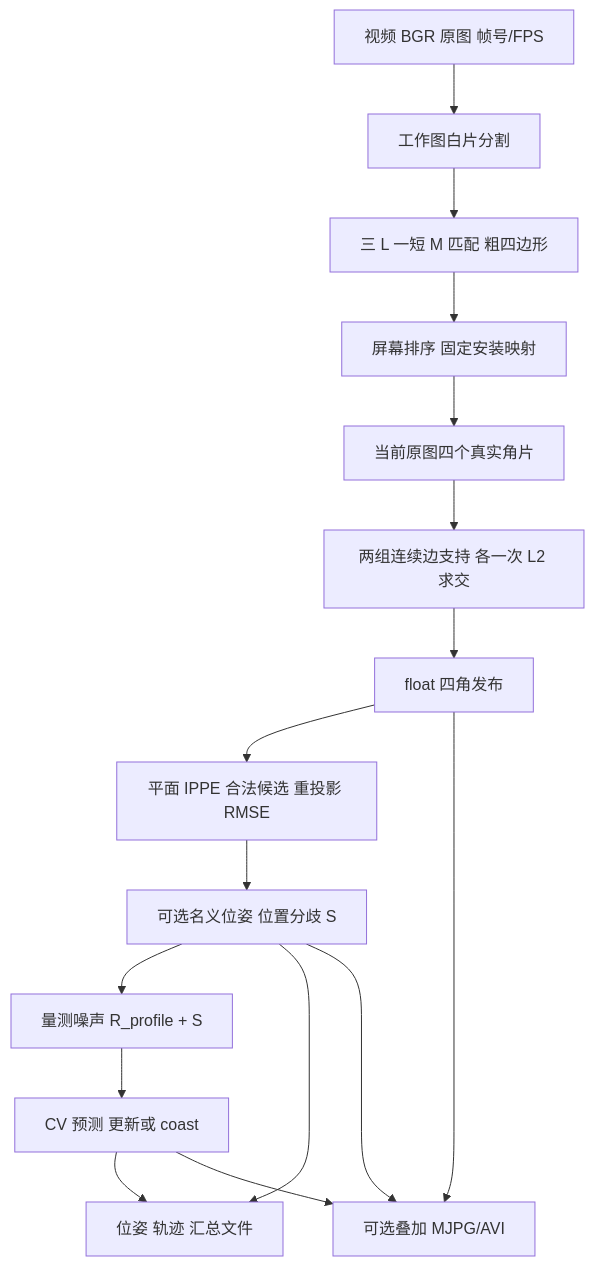
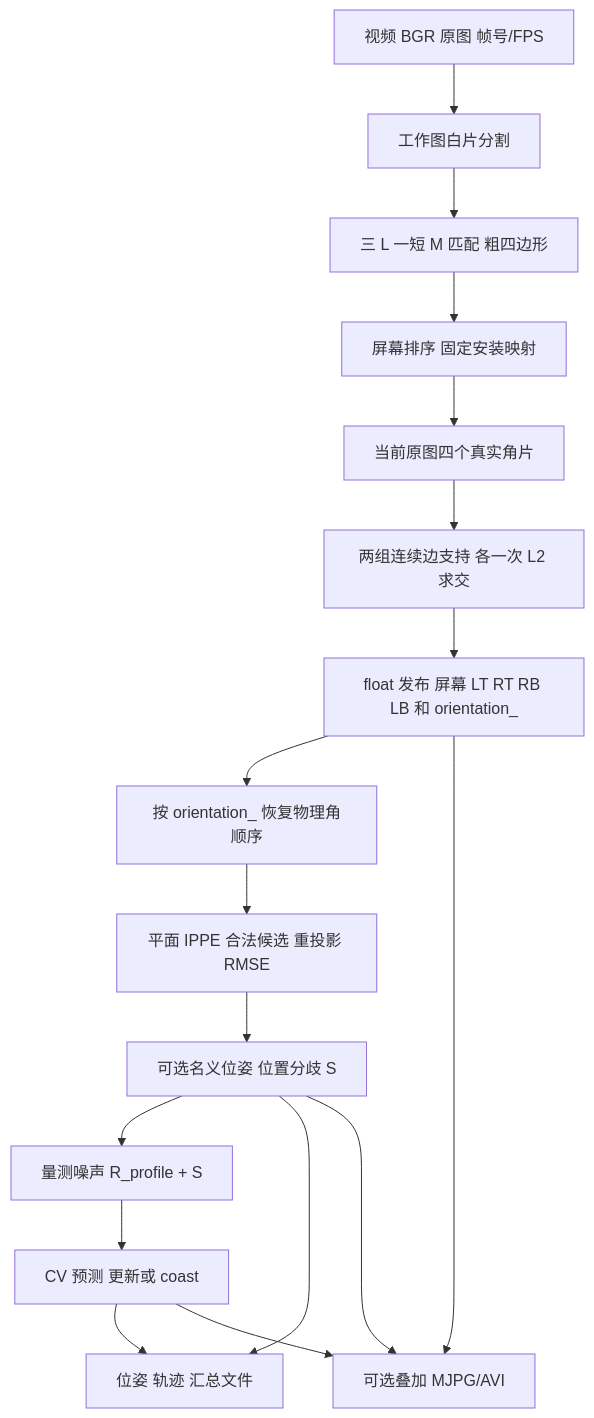
The diagram in src/tushenghao/docs/flow-guide.md (shenghaotu81-droid/campus-marker-opencv-assignment), drawn with Mermaid before and after one commit. The commit also changed other lines of this file and 70 other files, not shown here.

````diff
--- a/src/tushenghao/docs/flow-guide.md
+++ b/src/tushenghao/docs/flow-guide.md
@@ -5,18 +5,19 @@
 ```mermaid
 flowchart TD
     A[视频 BGR 原图 帧号/FPS] --> B[工作图白片分割]
     B --> C[三 L 一短 M 匹配 粗四边形]
     C --> D[屏幕排序 固定安装映射]
     D --> E[当前原图四个真实角片]
     E --> F[两组连续边支持 各一次 L2 求交]
-    F --> G[float 四角发布]
-    G --> H[平面 IPPE 合法候选 重投影 RMSE]
+    F --> G[float 发布 屏幕 LT RT RB LB 和 orientation_]
+    G --> P[按 orientation_ 恢复物理角顺序]
+    P --> H[平面 IPPE 合法候选 重投影 RMSE]
     H --> I[可选名义位姿 位置分歧 S]
     I --> J[量测噪声 R_profile + S]
     J --> K[CV 预测 更新或 coast]
     I --> O[位姿 轨迹 汇总文件]
     K --> O
     G --> V[可选叠加 MJPG/AVI]
     I --> V
     K --> V
 ```
````
